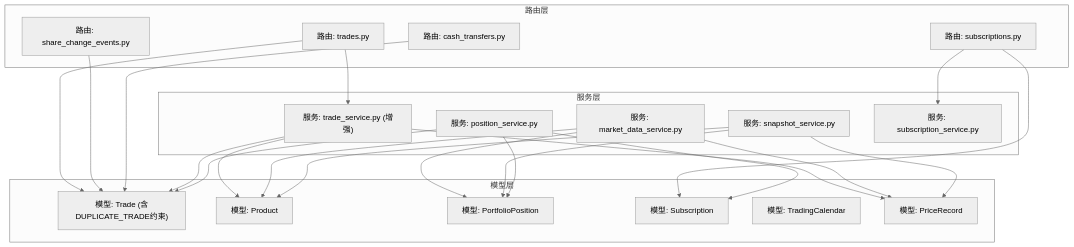
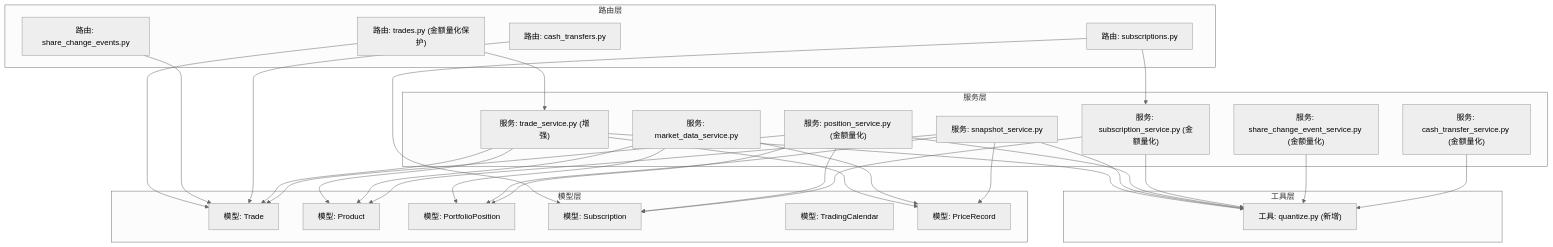
One commit to gujialind/InvestRing changed the first of 15 diagrams in .qoder/repowiki/zh/content/核心业务功能/交易处理.md. Above: the diagram before and after it, drawn with Mermaid (neutral theme). The commit also changed other lines of this file and 65 other files, not shown here.

````diff
--- a/.qoder/repowiki/zh/content/核心业务功能/交易处理.md
+++ b/.qoder/repowiki/zh/content/核心业务功能/交易处理.md
@@ -58,42 +64,54 @@
 ```mermaid
 graph TB
 subgraph "路由层"
-RTrades["路由: trades.py"]
+RTrades["路由: trades.py (金额量化保护)"]
 RCashTransfers["路由: cash_transfers.py"]
 RSubs["路由: subscriptions.py"]
 REvents["路由: share_change_events.py"]
 end
 subgraph "服务层"
 STrade["服务: trade_service.py (增强)"]
 SMarket["服务: market_data_service.py"]
 SSnapshot["服务: snapshot_service.py"]
-SPos["服务: position_service.py"]
-SSub["服务: subscription_service.py"]
+SPos["服务: position_service.py (金额量化)"]
+SSub["服务: subscription_service.py (金额量化)"]
+SEvent["服务: share_change_event_service.py (金额量化)"]
+SCash["服务: cash_transfer_service.py (金额量化)"]
+end
+subgraph "工具层"
+Quantize["工具: quantize.py (新增)"]
 end
 subgraph "模型层"
-MTrade["模型: Trade (含DUPLICATE_TRADE约束)"]
+MTrade["模型: Trade"]
 MProduct["模型: Product"]
 MPos["模型: PortfolioPosition"]
 MSub["模型: Subscription"]
 MCal["模型: TradingCalendar"]
 MPrice["模型: PriceRecord"]
 end
 RTrades --> MTrade
 RTrades --> STrade
 RSubs --> MSub
 RSubs --> SSub
 REvents --> MTrade
 RCashTransfers --> MTrade
 STrade --> MTrade
 STrade --> MProduct
 STrade --> MPrice
+STrade --> Quantize
 SMarket --> MPrice
 SMarket --> MProduct
 SMarket --> MPos
 SSnapshot --> MPrice
 SSnapshot --> MProduct
 SSnapshot --> MPos
+SSnapshot --> Quantize
 SPos --> MPos
 SPos --> MSub
 SPos --> MTrade
+SPos --> Quantize
+SSub --> MSub
+SSub --> Quantize
+SEvent --> Quantize
+SCash --> Quantize
 ```
````
